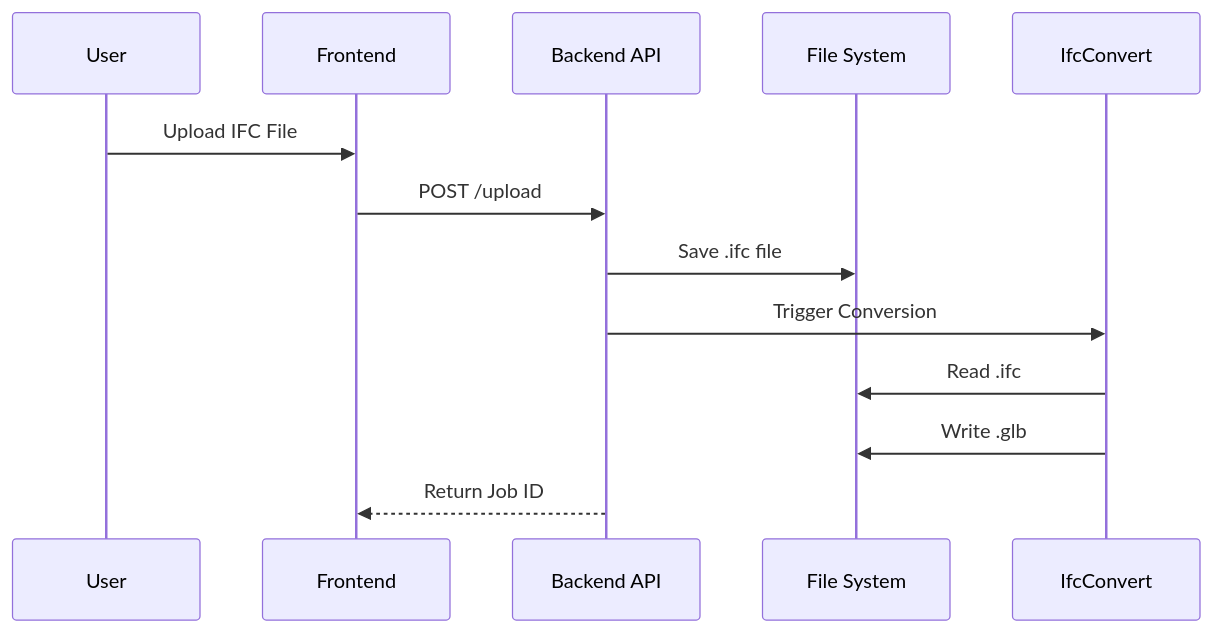
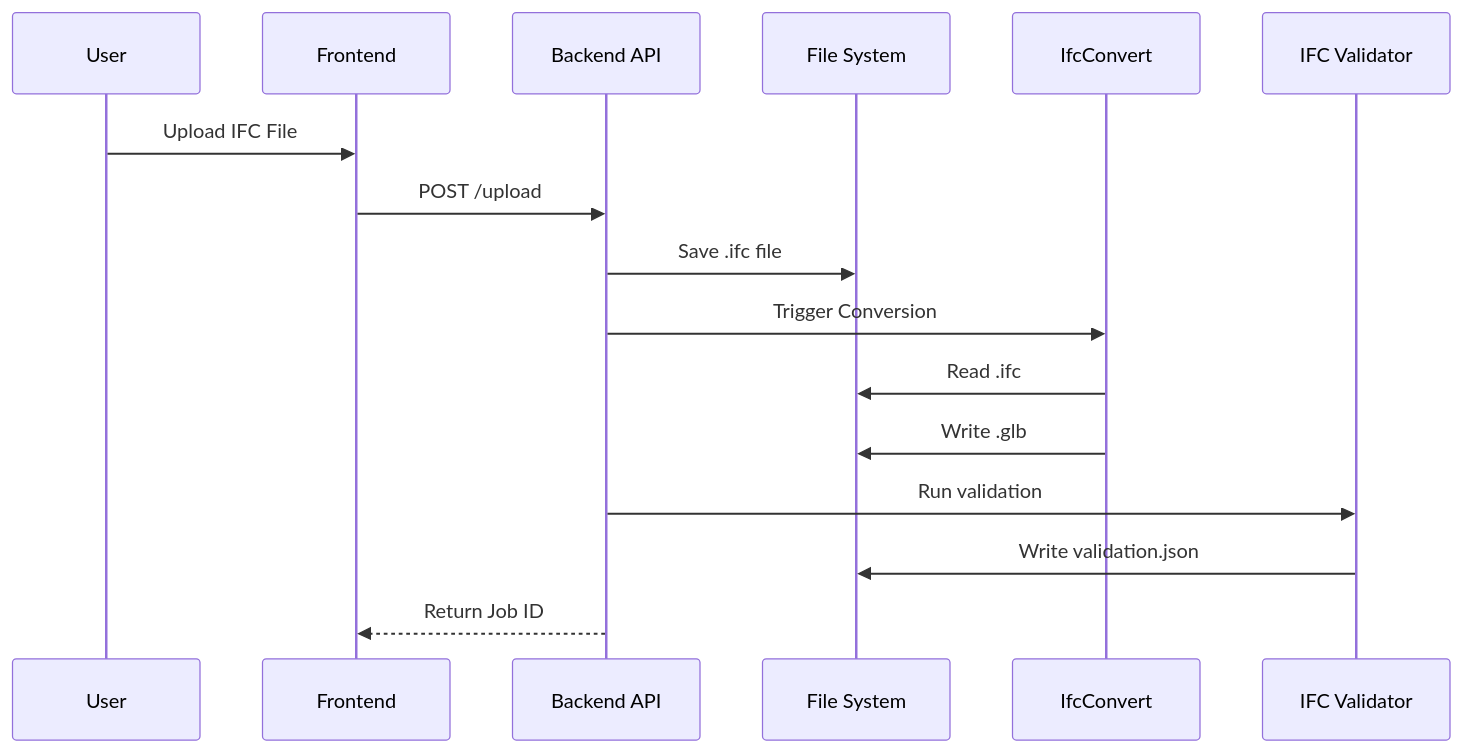
The third of 8 diagrams in SYSTEM_MAP.md (Naveendinula/DigitalTwin), drawn with Mermaid before and after one commit. The commit also changed other lines of this file and 7 other files, not shown here.

First line of the commit message:
Add IFC validation feature and update docs/UI

````diff
--- a/SYSTEM_MAP.md
+++ b/SYSTEM_MAP.md
@@ -133,16 +146,19 @@
 ```mermaid
 sequenceDiagram
     participant User
     participant UI as Frontend
     participant API as Backend API
     participant FS as File System
     participant Conv as IfcConvert
+    participant Val as IFC Validator
     
     User->>UI: Upload IFC File
     UI->>API: POST /upload
     API->>FS: Save .ifc file
     API->>Conv: Trigger Conversion
     Conv->>FS: Read .ifc
     Conv->>FS: Write .glb
+    API->>Val: Run validation
+    Val->>FS: Write validation.json
     API-->>UI: Return Job ID
 ```
````
